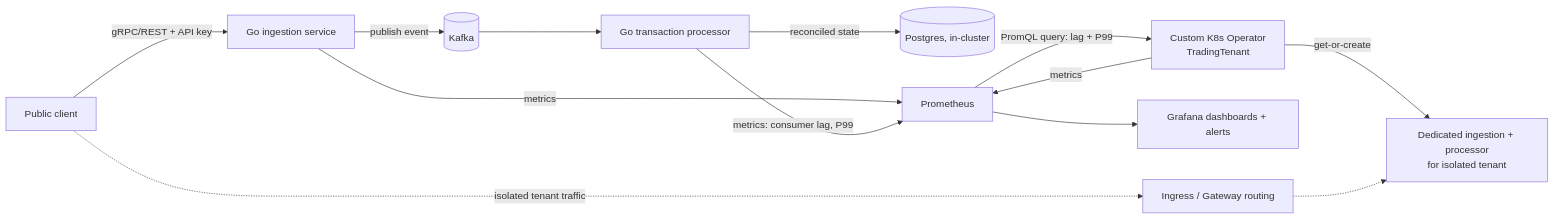
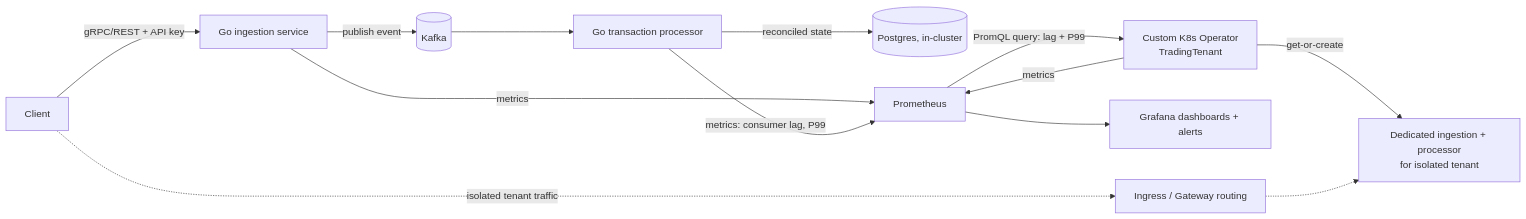
One commit to anwinsenp/go-transaction-control-plane changed the diagram in docs/ARCHITECTURE.md. Above: the diagram before and after it, drawn with Mermaid. The commit also changed other lines of this file and 4 other files, not shown here.

````diff
--- a/docs/ARCHITECTURE.md
+++ b/docs/ARCHITECTURE.md
@@ -40,15 +42,15 @@
 ```mermaid
 flowchart LR
-    client[Public client] -->|gRPC/REST + API key| ingest[Go ingestion service]
+    client[Client] -->|gRPC/REST + API key| ingest[Go ingestion service]
     ingest -->|publish event| kafka[(Kafka)]
     kafka --> processor[Go transaction processor]
     processor -->|reconciled state| postgres[(Postgres, in-cluster)]
     ingest -->|metrics| prom[Prometheus]
     processor -->|metrics: consumer lag, P99| prom
     operator -->|metrics| prom
     prom -->|PromQL query: lag + P99| operator[Custom K8s Operator\nTradingTenant]
     prom --> grafana[Grafana dashboards + alerts]
     operator -->|get-or-create| dedicated[Dedicated ingestion + processor\nfor isolated tenant]
     client -.->|isolated tenant traffic| ingress[Ingress / Gateway routing]
     ingress -.-> dedicated
 ```
````
